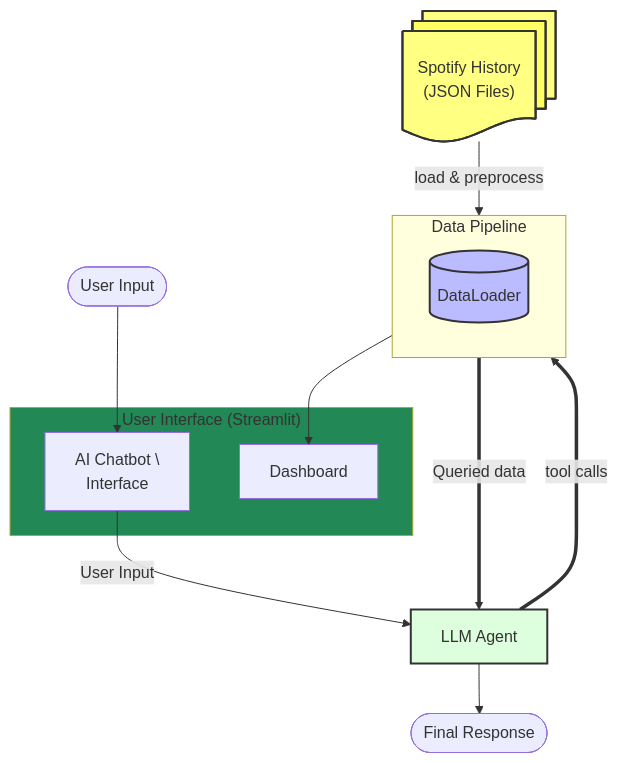
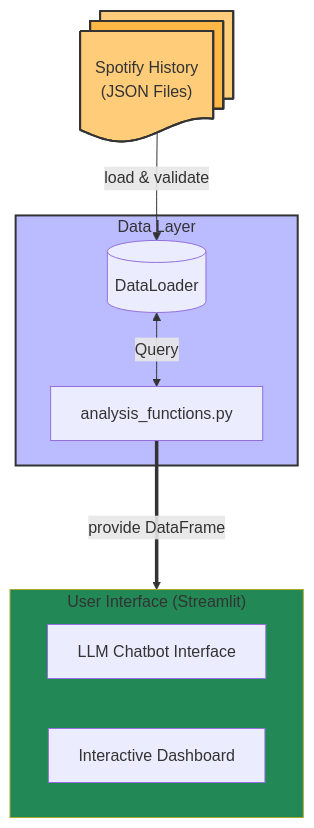
One commit to wcnoname5/spotify-ai-analytics changed the first of 2 diagrams in README.md. Above: the diagram before and after it, drawn with Mermaid. The commit also changed other lines of this file and 9 other files, not shown here.

First line of the commit message:
chore: Keep data loading and analysis functions in separate modules. - Remove several analysis methods from `DataLoader` to keep it handling data only. - Modify `tools.py` to use `analysis_functions.py` instead of methods of `DataLoader` to fit the chore.

````diff
--- a/README.md
+++ b/README.md
@@ -26,35 +27,30 @@
 ```mermaid
 flowchart TD
     %% Node Definitions
+    
+    subgraph UI ["User Interface (Streamlit)"]
+        Chat["LLM Chatbot Interface"]
+        Dash["Interactive Dashboard"]
+    end
+
     JSON[("Spotify History<br/>(JSON Files)")]
     JSON@{shape: docs}
     
-    subgraph UI ["User Interface (Streamlit)"]
-        Chat["AI Chatbot \<br> Interface"]
-        Dash["Dashboard"]
-    end
-    subgraph Data_Process ["Data Pipeline"]
+    subgraph Data ["Data Layer"]
         DL[("DataLoader")]
+        AF["analysis_functions.py"]
     end
     
-    LLM["LLM Agent"]
-    
+    %% Flows based on drawing
+    JSON -->|load & validate| DL
+    DL <-->|Query| AF
+        
+    AF ===>|provide DataFrame| UI
 
-    %% Flows based on drawing
-    JSON -->|load & preprocess| Data_Process
-    Data_Process --> Dash
-    
-    UserInput([User Input]) --> Chat
-    Chat --User Input--> LLM
-    %% make below two line dashed
-    LLM == "tool calls" ==> Data_Process
-    Data_Process =="Queried data"==> LLM
-    
-    LLM --> Response([Final Response])
-
-    %% Styling to mimic the drawing's focus
-    style JSON fill:#ff5b,stroke:#333,stroke-width:2px
+    %% Styling 
+    style JSON fill:#fa29,stroke:#333,stroke-width:2px,size:10S0px
     style UI fill:#285
-    style DL fill:#bbf,stroke:#333,stroke-width:2px
-    style LLM fill:#dfd,stroke:#333,stroke-width:2px
+    %% style Logic fill:#f9f,stroke:#333,stroke-width:2px
+    style Data fill:#bbf,stroke:#333,stroke-width:2px
+    %% style LLM fill:#dfd,stroke:#333,stroke-width:2px
 ```
````
